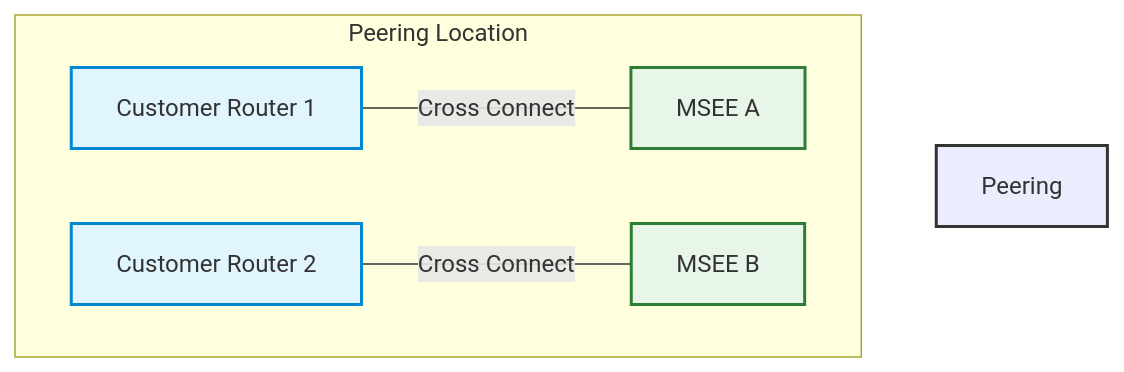
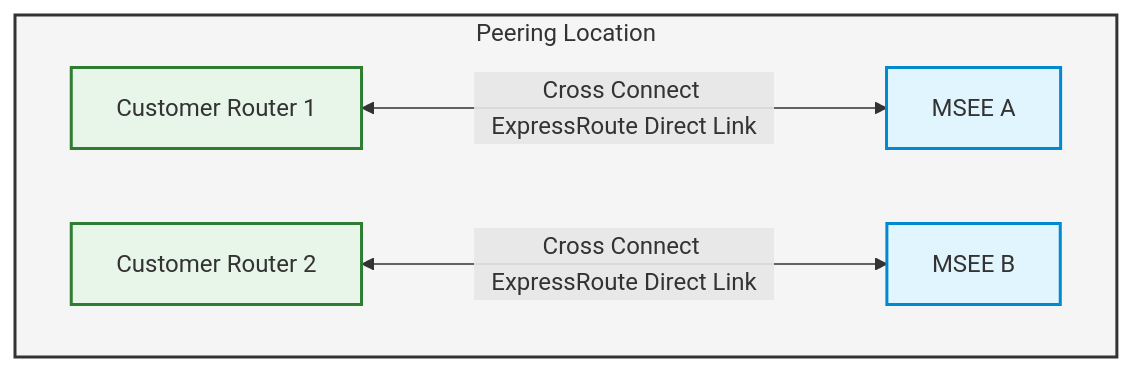
The first of 2 diagrams in docs/Tech/Azure/expressroute-naming-conventions.md (simonpainter/www.simonpainter.com), drawn with Mermaid before and after one commit. The commit also changed other lines of this file, not shown here.

````diff
--- a/docs/Tech/Azure/expressroute-naming-conventions.md
+++ b/docs/Tech/Azure/expressroute-naming-conventions.md
@@ -13,19 +14,19 @@
 ```mermaid
-graph TD
-    subgraph Peering Location
+flowchart TD
+    subgraph PL[Peering Location]
         CR1[Customer Router 1]
         CR2[Customer Router 2]
         MSEE_A[MSEE A]
         MSEE_B[MSEE B]
         
-        CR1 ---|"Cross Connect"| MSEE_A
-        CR2 ---|"Cross Connect"| MSEE_B
+        CR1 <--->|"Cross Connect ExpressRoute Direct Link"| MSEE_A
+        CR2 <--->|"Cross Connect ExpressRoute Direct Link"| MSEE_B
     end
 
-    style Peering Location fill:#f5f5f5,stroke:#333,stroke-width:2px
-    style CR1 fill:#e1f5fe,stroke:#0288d1,stroke-width:2px
-    style CR2 fill:#e1f5fe,stroke:#0288d1,stroke-width:2px
-    style MSEE_A fill:#e8f5e9,stroke:#2e7d32,stroke-width:2px
-    style MSEE_B fill:#e8f5e9,stroke:#2e7d32,stroke-width:2px
+    style PL fill:#f5f5f5,stroke:#333,stroke-width:2px
+    style CR1 fill:#e8f5e9,stroke:#2e7d32,stroke-width:2px
+    style CR2 fill:#e8f5e9,stroke:#2e7d32,stroke-width:2px
+    style MSEE_A fill:#e1f5fe,stroke:#0288d1,stroke-width:2px
+    style MSEE_B fill:#e1f5fe,stroke:#0288d1,stroke-width:2px
 
 ```
````
